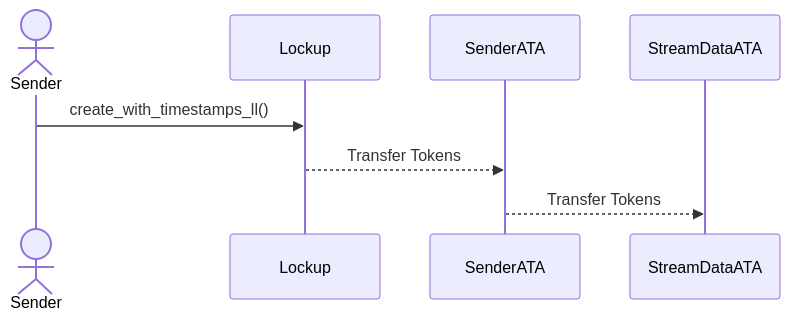
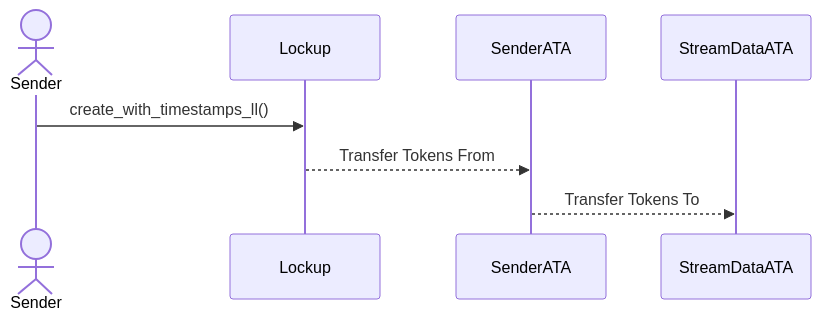
Before and after one commit to sablier-labs/docs: the eighth of 10 diagrams in docs/solana/accounts-architecture/01-lockup.md, drawn with Mermaid. The commit also changed other lines of this file and 3 other files, not shown here.

````diff
--- a/docs/solana/accounts-architecture/01-lockup.md
+++ b/docs/solana/accounts-architecture/01-lockup.md
@@ -133,8 +133,8 @@
 ```mermaid
 sequenceDiagram
     actor Sender
 
     Sender->>Lockup: create_with_timestamps_ll()
-    Lockup -->> SenderATA: Transfer Tokens
-    SenderATA -->> StreamDataATA: Transfer Tokens
+    Lockup -->> SenderATA: Transfer Tokens From
+    SenderATA -->> StreamDataATA: Transfer Tokens To
 ```
````
